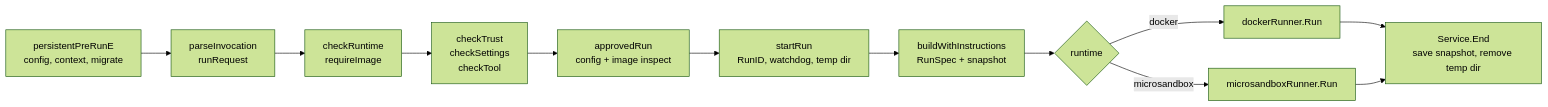
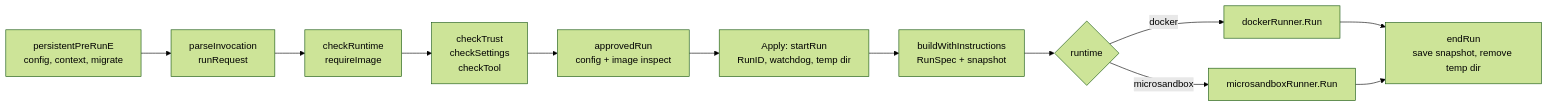
One commit to dylanvgils/agentic-cli changed the second of 4 diagrams in docs/lifecycle.md. Above: the diagram before and after it, drawn with Mermaid (forest theme). The commit also changed other lines of this file and 6 other files, not shown here.

Commit message:
refactor: start the run in Apply instead of Resolve (#374)

````diff
--- a/docs/lifecycle.md
+++ b/docs/lifecycle.md
@@ -42,14 +42,14 @@
 ```mermaid
 flowchart LR
     start["persistentPreRunE<br/>config, context, migrate"] --> parse["parseInvocation<br/>runRequest"]
     parse --> checks["checkRuntime<br/>requireImage"]
     checks --> approve["checkTrust<br/>checkSettings<br/>checkTool"]
     approve --> resolve["approvedRun<br/>config + image inspect"]
-    resolve --> startRun["startRun<br/>RunID, watchdog, temp dir"]
+    resolve --> startRun["Apply: startRun<br/>RunID, watchdog, temp dir"]
     startRun --> spec["buildWithInstructions<br/>RunSpec + snapshot"]
     spec --> runner{runtime}
     runner -->|docker| docker["dockerRunner.Run"]
     runner -->|microsandbox| msb["microsandboxRunner.Run"]
-    docker --> endRun["Service.End<br/>save snapshot, remove temp dir"]
+    docker --> endRun["endRun<br/>save snapshot, remove temp dir"]
     msb --> endRun
 ```
````
